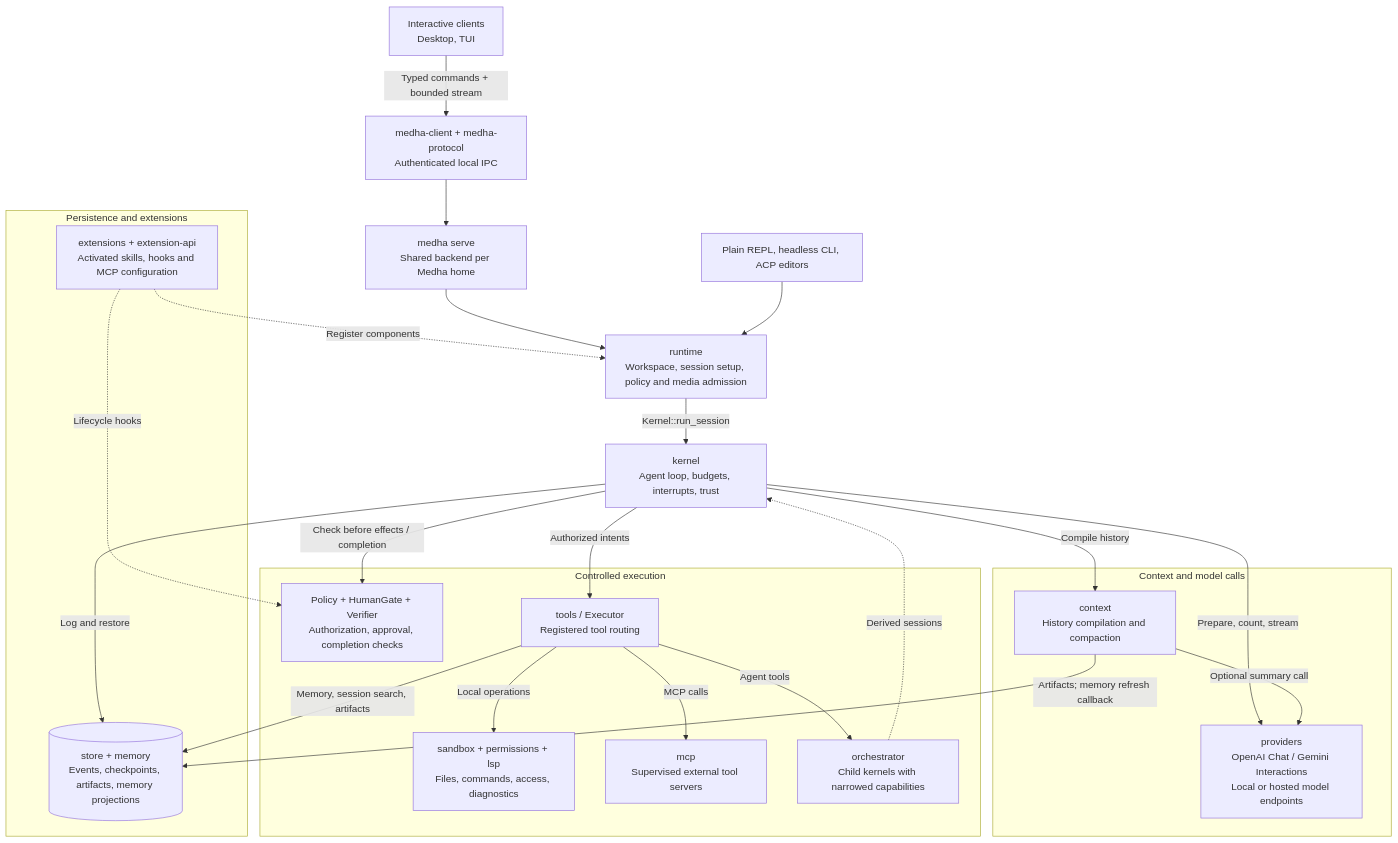
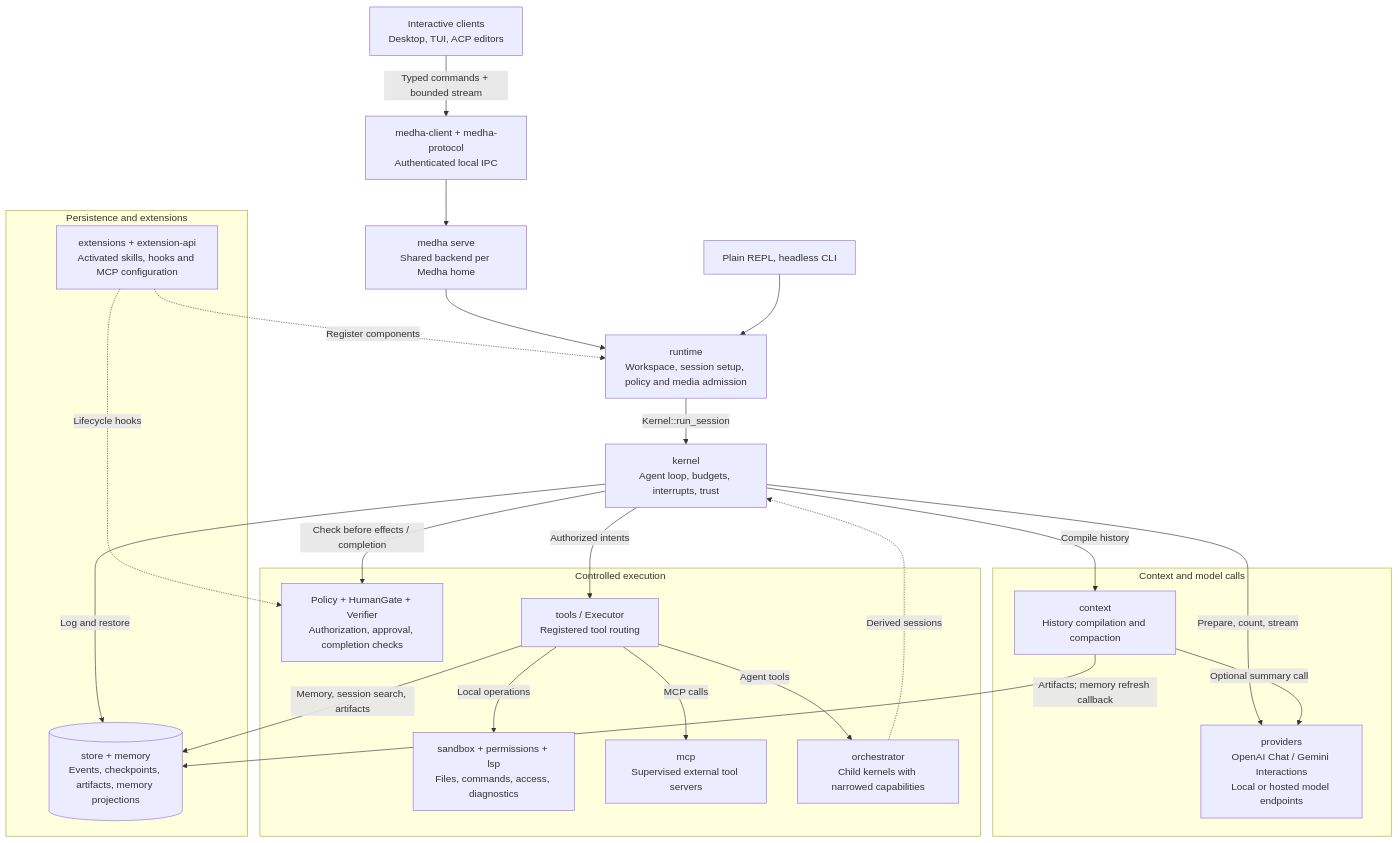
The first of 8 diagrams in docs/WHAT_IS_MEDHA.md (kashyaprajharsh/medha-agent), drawn with Mermaid before and after one commit. The commit also changed other lines of this file and 44 other files, not shown here.

````diff
--- a/docs/WHAT_IS_MEDHA.md
+++ b/docs/WHAT_IS_MEDHA.md
@@ -110,46 +110,46 @@
 ```mermaid
 flowchart TB
-    UI["Interactive clients<br/>Desktop, TUI"]
+    UI["Interactive clients<br/>Desktop, TUI, ACP editors"]
     CLIENT["medha-client + medha-protocol<br/>Authenticated local IPC"]
     SERVE["medha serve<br/>Shared backend per Medha home"]
-    DIRECT["Plain REPL, headless CLI, ACP editors"]
+    DIRECT["Plain REPL, headless CLI"]
     BOOT["runtime<br/>Workspace, session setup, policy and media admission"]
     K["kernel<br/>Agent loop, budgets, interrupts, trust"]
 
     UI -->|"Typed commands + bounded stream"| CLIENT
     CLIENT --> SERVE
     SERVE --> BOOT
     DIRECT --> BOOT
     BOOT -->|"Kernel::run_session"| K
 
     subgraph reasoning["Context and model calls"]
         CTX["context<br/>History compilation and compaction"]
         PROV["providers<br/>OpenAI Chat / Gemini Interactions<br/>Local or hosted model endpoints"]
     end
     subgraph execution["Controlled execution"]
         CONTROL["Policy + HumanGate + Verifier<br/>Authorization, approval, completion checks"]
         TOOLS["tools / Executor<br/>Registered tool routing"]
         LOCAL["sandbox + permissions + lsp<br/>Files, commands, access, diagnostics"]
         MCP["mcp<br/>Supervised external tool servers"]
         CHILD["orchestrator<br/>Child kernels with narrowed capabilities"]
     end
     subgraph persistence["Persistence and extensions"]
         DATA[("store + memory<br/>Events, checkpoints, artifacts, memory projections")]
         EXT["extensions + extension-api<br/>Activated skills, hooks and MCP configuration"]
     end
 
     K -->|"Compile history"| CTX
     K -->|"Prepare, count, stream"| PROV
     CTX -->|"Optional summary call"| PROV
     K -->|"Check before effects / completion"| CONTROL
     K -->|"Authorized intents"| TOOLS
     TOOLS -->|"Local operations"| LOCAL
     TOOLS -->|"MCP calls"| MCP
     TOOLS -->|"Agent tools"| CHILD
     CHILD -.->|"Derived sessions"| K
     K -->|"Log and restore"| DATA
     TOOLS -->|"Memory, session search, artifacts"| DATA
     CTX -->|"Artifacts; memory refresh callback"| DATA
     EXT -.->|"Register components"| BOOT
     EXT -.->|"Lifecycle hooks"| CONTROL
 ```
````
